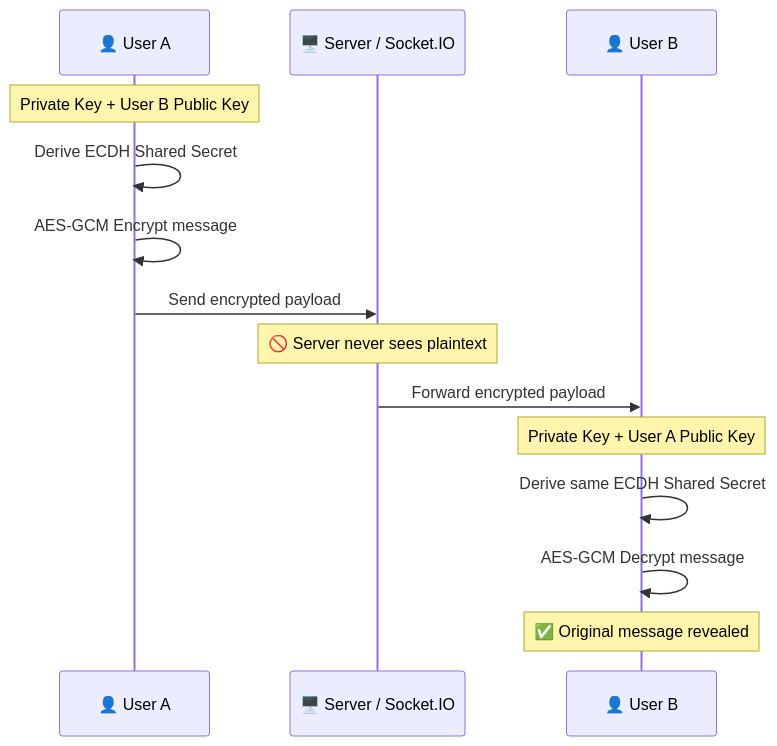
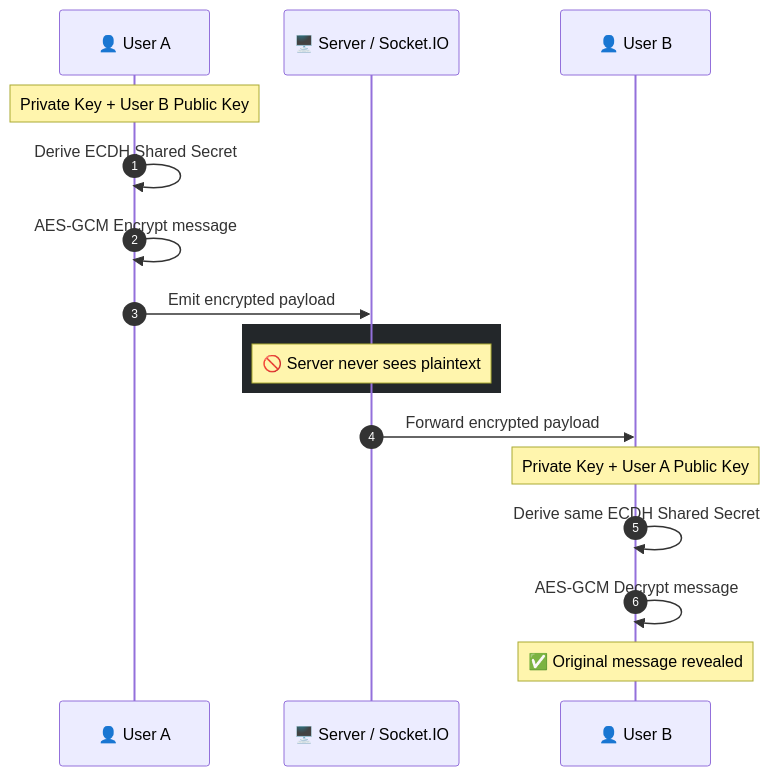
The first of 2 diagrams in README.md (MullickZaidKhan/productivediscord), drawn with Mermaid before and after one commit. The commit also changed other lines of this file, not shown here.

````diff
--- a/README.md
+++ b/README.md
@@ -116,17 +119,20 @@
 ```mermaid
 sequenceDiagram
+    autonumber
     participant A as 👤 User A
     participant S as 🖥️ Server / Socket.IO
     participant B as 👤 User B
 
     Note over A: Private Key + User B Public Key
     A->>A: Derive ECDH Shared Secret
     A->>A: AES-GCM Encrypt message
-    A->>S: Send encrypted payload
+    A->>S: Emit encrypted payload
+    rect rgb(35, 39, 42)
     Note over S: 🚫 Server never sees plaintext
+    end
     S->>B: Forward encrypted payload
     Note over B: Private Key + User A Public Key
     B->>B: Derive same ECDH Shared Secret
     B->>B: AES-GCM Decrypt message
     Note over B: ✅ Original message revealed
 ```
````
